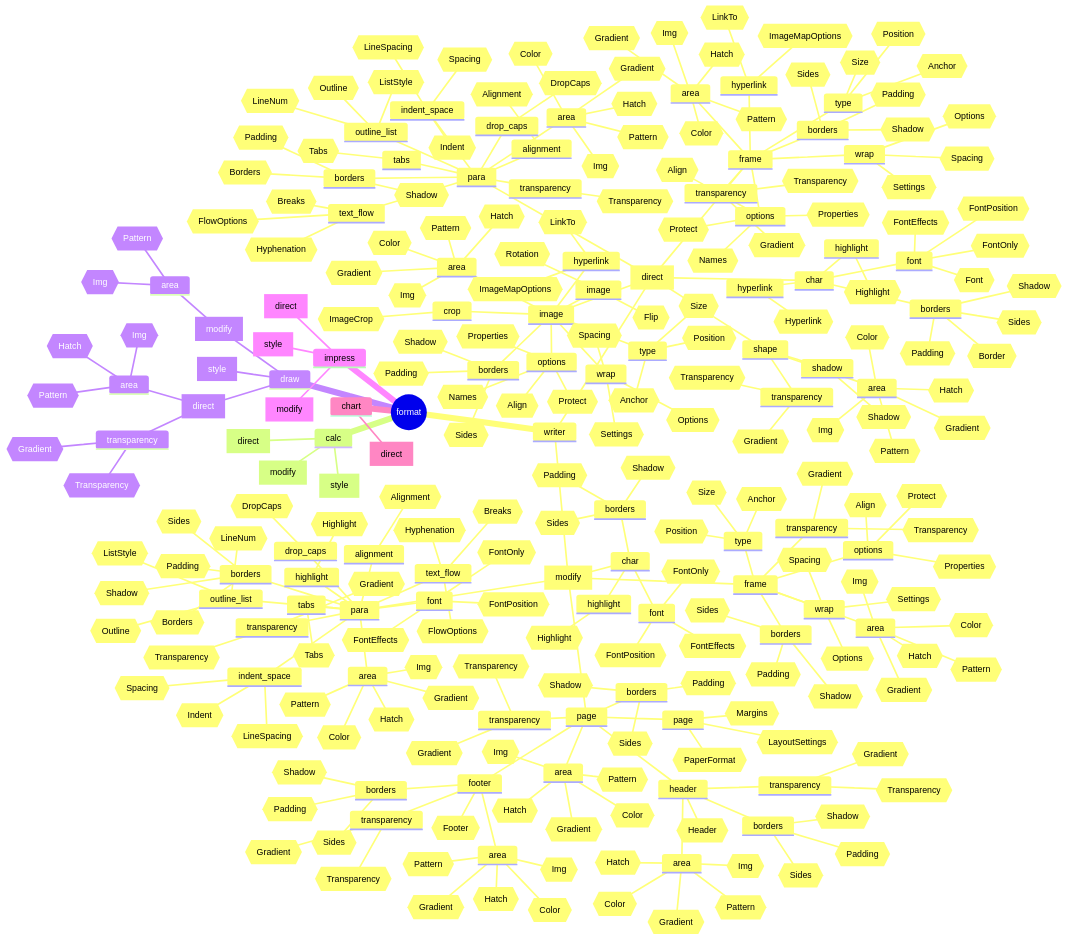
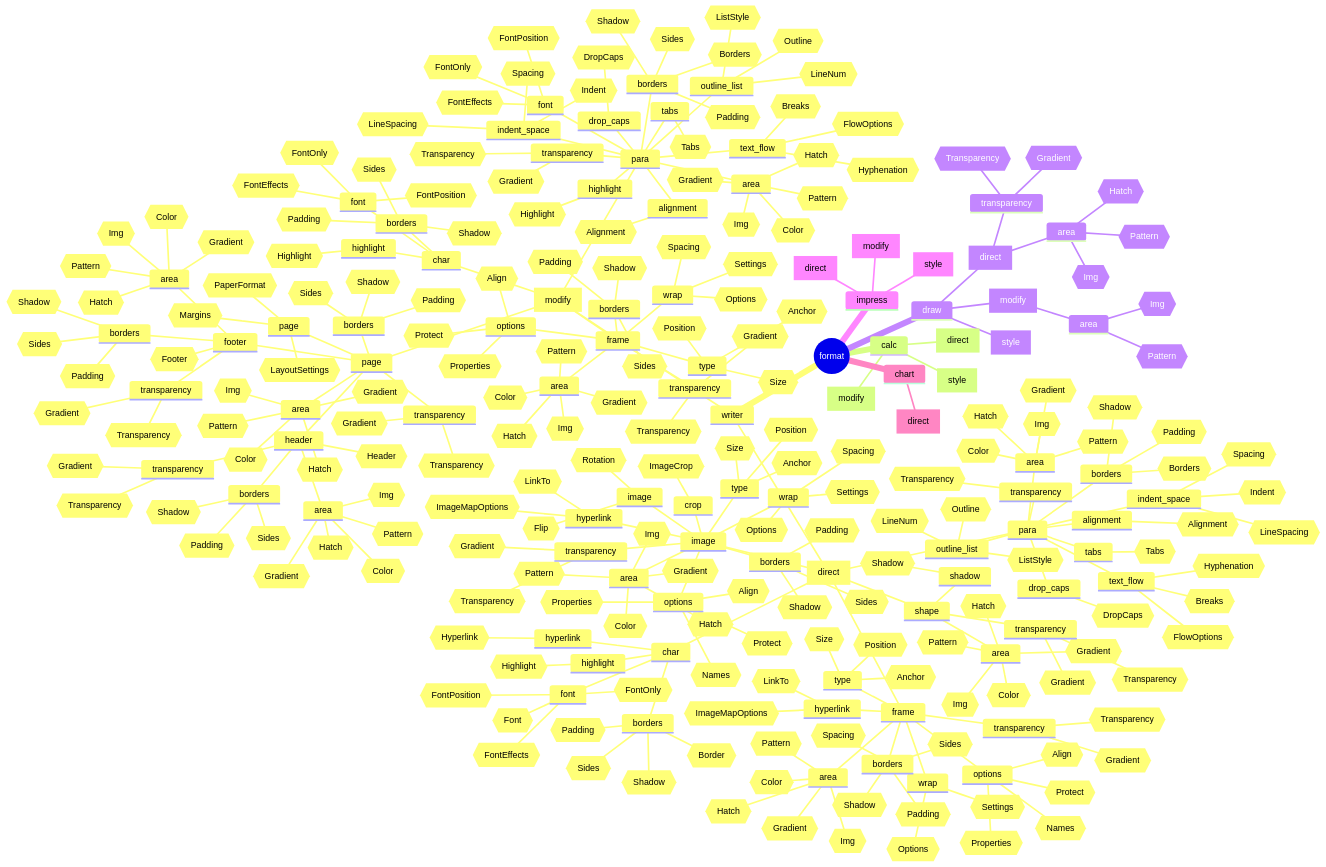
The diagram in ooodev/format/readme.md (Amourspirit/python_ooo_dev_tools), drawn with Mermaid before and after one commit. The commit also changed 5 other files, not shown here.

```diff
--- a/ooodev/format/readme.md
+++ b/ooodev/format/readme.md
@@ -127,6 +127,9 @@
                     hyperlink
                         id{{LinkTo}}
                         id{{ImageMapOptions}}
+                    transparency
+                        id{{Gradient}}
+                        id{{Transparency}}
             [modify]
                 page
                     page
```
